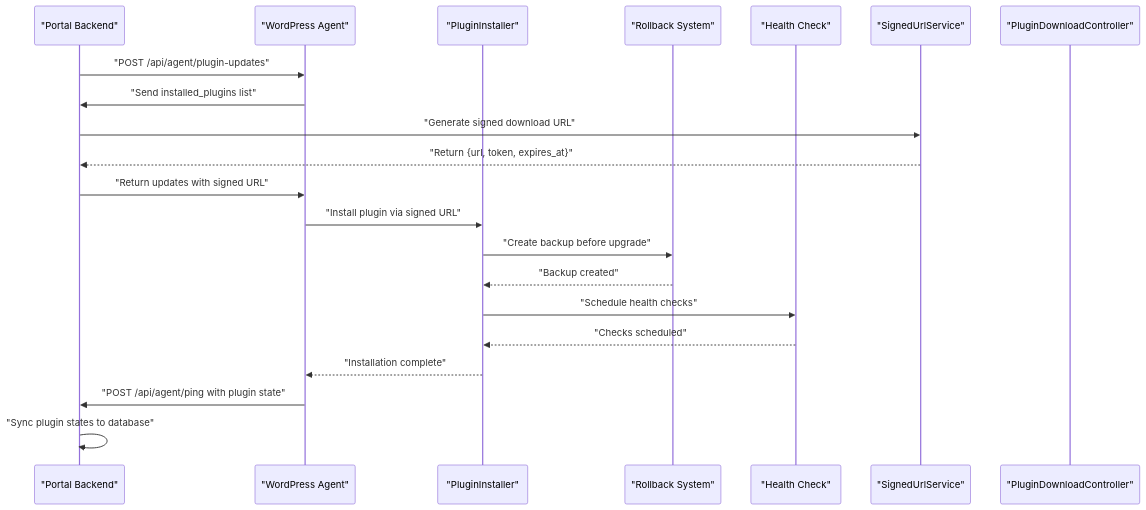
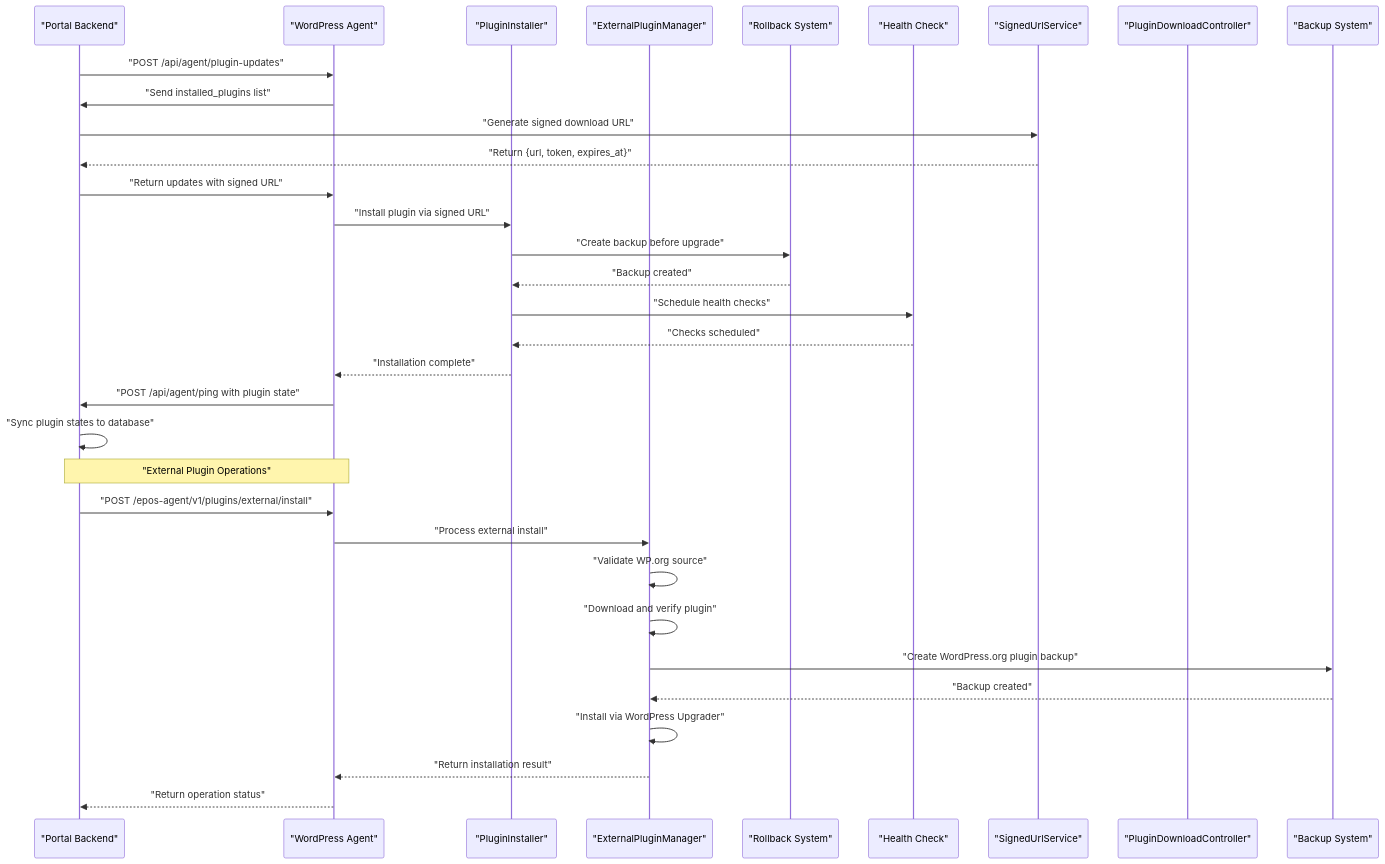
Before and after one commit to FCS-WP/website_portal: diagram 19 of 23 in .qoder/repowiki/en/content/WordPress Agent Integration/WordPress Agent Integration.md, drawn with Mermaid. The commit also changed other lines of this file and 30 other files, not shown here.

````diff
--- a/.qoder/repowiki/en/content/WordPress Agent Integration/WordPress Agent Integration.md
+++ b/.qoder/repowiki/en/content/WordPress Agent Integration/WordPress Agent Integration.md
@@ -755,23 +1039,35 @@
 ```mermaid
 sequenceDiagram
 participant Portal as "Portal Backend"
 participant Agent as "WordPress Agent"
 participant Installer as "PluginInstaller"
+participant ExtManager as "ExternalPluginManager"
 participant Rollback as "Rollback System"
 participant HealthCheck as "Health Check"
 participant SignedURL as "SignedUrlService"
 participant Download as "PluginDownloadController"
+participant Backup as "Backup System"
 Portal->>Agent : "POST /api/agent/plugin-updates"
 Agent->>Portal : "Send installed_plugins list"
 Portal->>SignedURL : "Generate signed download URL"
 SignedURL-->>Portal : "Return {url, token, expires_at}"
 Portal->>Agent : "Return updates with signed URL"
 Agent->>Installer : "Install plugin via signed URL"
 Installer->>Rollback : "Create backup before upgrade"
 Rollback-->>Installer : "Backup created"
 Installer->>HealthCheck : "Schedule health checks"
 HealthCheck-->>Installer : "Checks scheduled"
 Installer-->>Agent : "Installation complete"
 Agent->>Portal : "POST /api/agent/ping with plugin state"
 Portal->>Portal : "Sync plugin states to database"
+Note over Portal,Agent : "External Plugin Operations"
+Portal->>Agent : "POST /epos-agent/v1/plugins/external/install"
+Agent->>ExtManager : "Process external install"
+ExtManager->>ExtManager : "Validate WP.org source"
+ExtManager->>ExtManager : "Download and verify plugin"
+ExtManager->>Backup : "Create WordPress.org plugin backup"
+Backup-->>ExtManager : "Backup created"
+ExtManager->>ExtManager : "Install via WordPress Upgrader"
+ExtManager-->>Agent : "Return installation result"
+Agent-->>Portal : "Return operation status"
 ```
````
